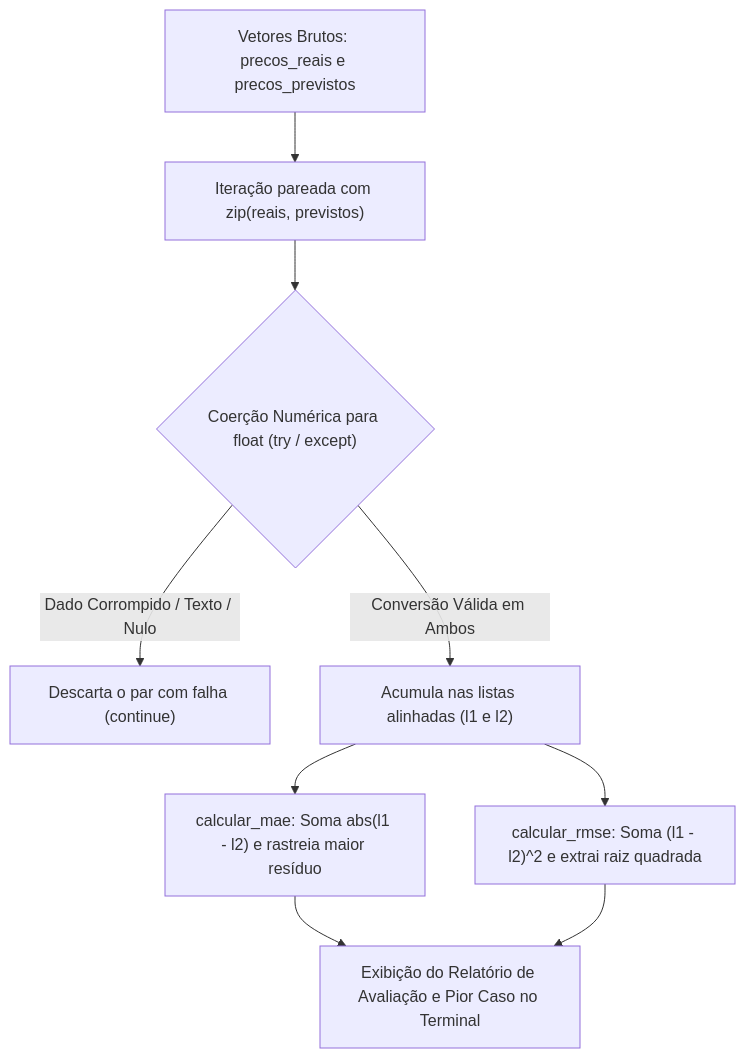
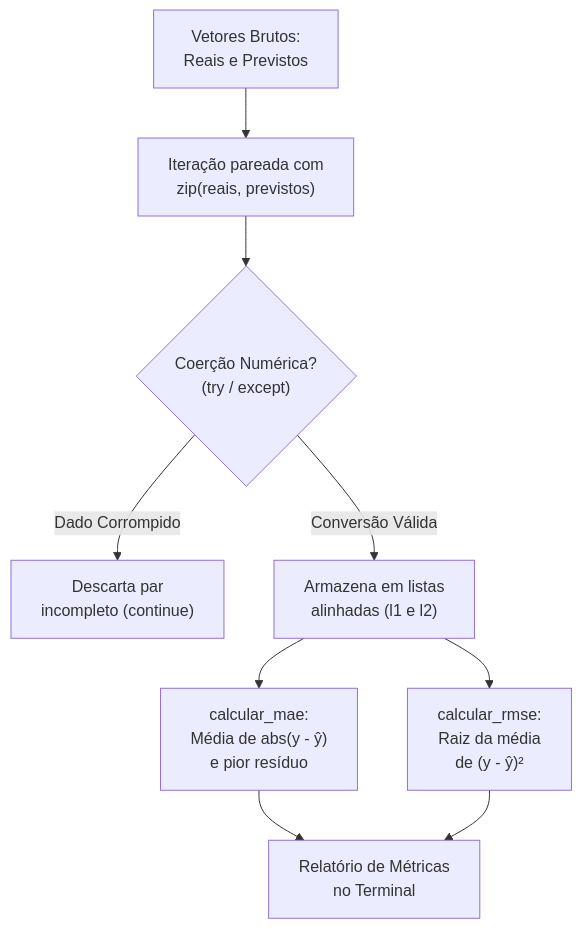
One commit to ryanaurelio2005/python-pure-data-challenges changed the third of 4 diagrams in README.md. Above: the diagram before and after it, drawn with Mermaid. The commit also changed other lines of this file, not shown here.

Commit message:
docs: optimize Mermaid diagram text wrapping to prevent label clipping on GitHub

````diff
--- a/README.md
+++ b/README.md
@@ -83,11 +83,11 @@
 ```mermaid
 flowchart TD
-    A["Vetores Brutos: precos_reais e precos_previstos"] --> B["Iteração pareada com zip(reais, previstos)"]
-    B --> C{"Coerção Numérica para float (try / except)"}
-    C -- "Dado Corrompido / Texto / Nulo" --> D["Descarta o par com falha (continue)"]
-    C -- "Conversão Válida em Ambos" --> E["Acumula nas listas alinhadas (l1 e l2)"]
-    E --> F["calcular_mae: Soma abs(l1 - l2) e rastreia maior resíduo"]
-    E --> G["calcular_rmse: Soma (l1 - l2)^2 e extrai raiz quadrada"]
-    F --> H["Exibição do Relatório de Avaliação e Pior Caso no Terminal"]
+    A["Vetores Brutos:<br/>Reais e Previstos"] --> B["Iteração pareada com<br/>zip(reais, previstos)"]
+    B --> C{"Coerção Numérica?<br/>(try / except)"}
+    C -- "Dado Corrompido" --> D["Descarta par<br/>incompleto (continue)"]
+    C -- "Conversão Válida" --> E["Armazena em listas<br/>alinhadas (l1 e l2)"]
+    E --> F["calcular_mae:<br/>Média de abs(y - ŷ)<br/>e pior resíduo"]
+    E --> G["calcular_rmse:<br/>Raiz da média<br/>de (y - ŷ)²"]
+    F --> H["Relatório de Métricas<br/>no Terminal"]
     G --> H
 ```
````
